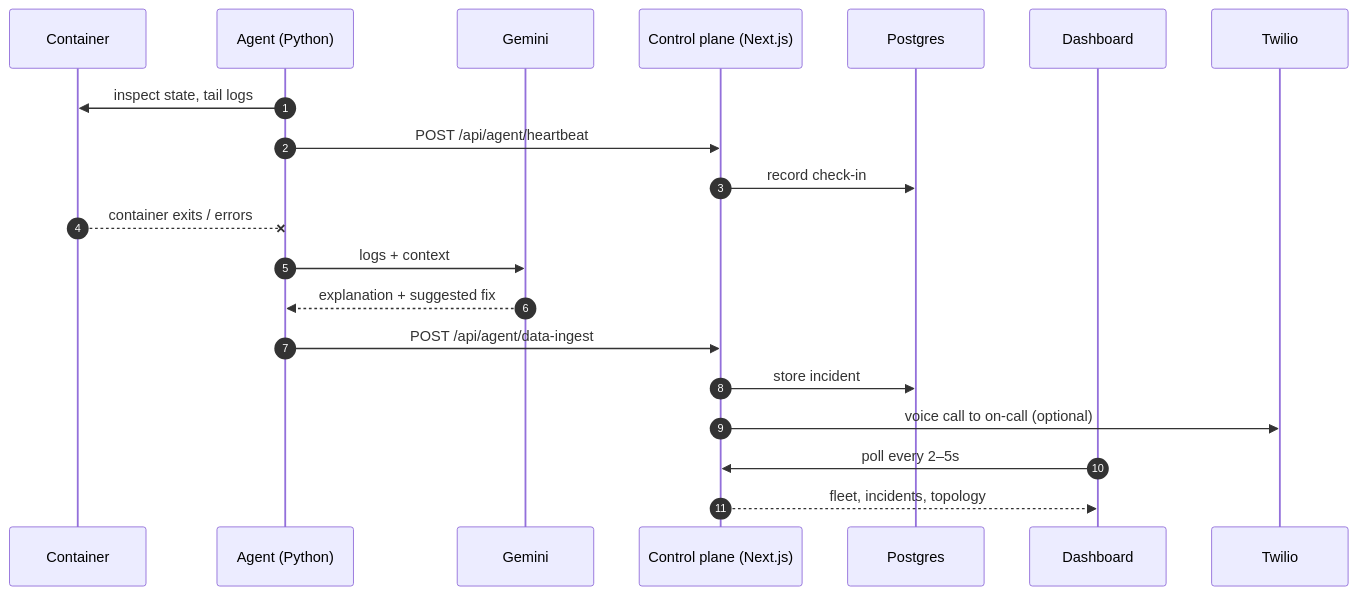
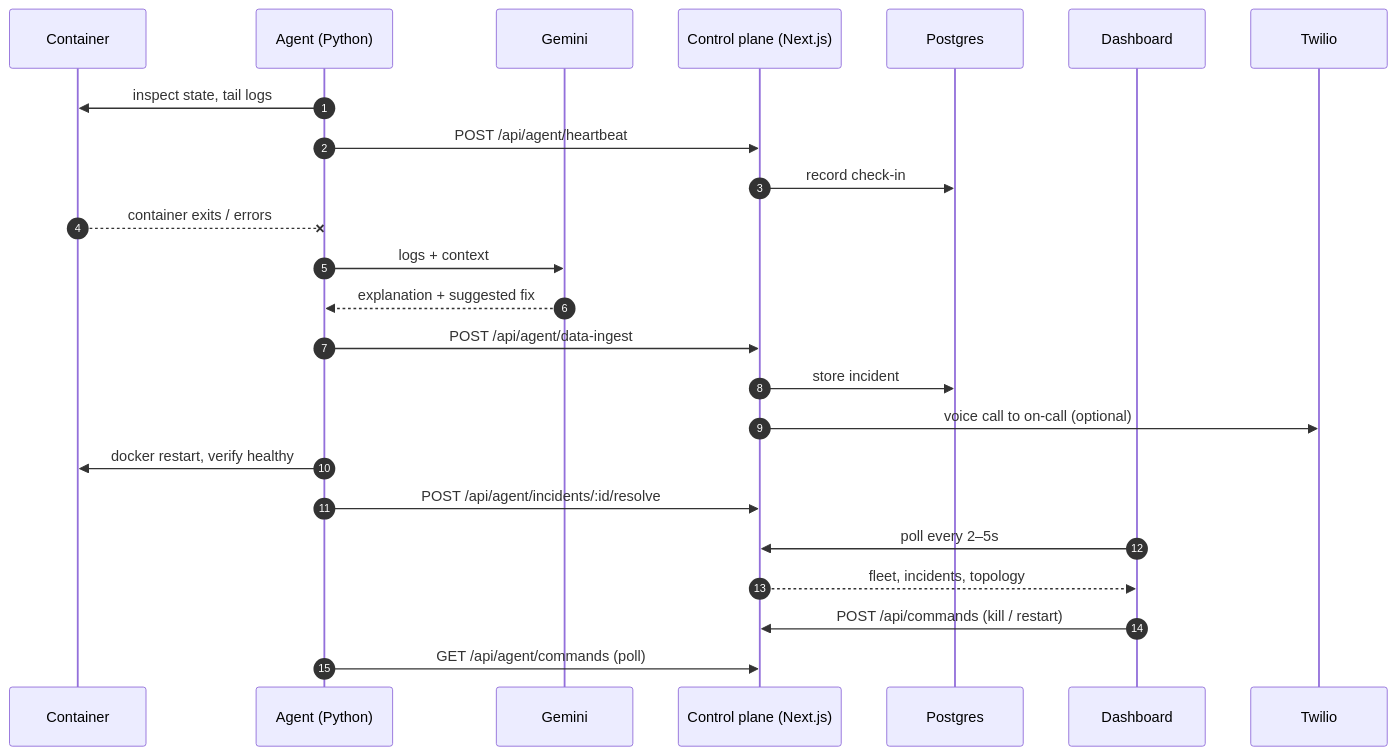
One commit to PakmanGames/Continuum changed the first of 2 diagrams in README.md. Above: the diagram before and after it, drawn with Mermaid. The commit also changed other lines of this file and 1 other file, not shown here.

Commit message:
docs: cover the live demo, the agent's settings, and cleanup

````diff
--- a/README.md
+++ b/README.md
@@ -54,23 +57,27 @@
 ```mermaid
 sequenceDiagram
     autonumber
     participant C as Container
     participant A as Agent (Python)
     participant G as Gemini
     participant API as Control plane (Next.js)
     participant DB as Postgres
     participant UI as Dashboard
     participant T as Twilio
 
     A->>C: inspect state, tail logs
     A->>API: POST /api/agent/heartbeat
     API->>DB: record check-in
     C--xA: container exits / errors
     A->>G: logs + context
     G-->>A: explanation + suggested fix
     A->>API: POST /api/agent/data-ingest
     API->>DB: store incident
     API->>T: voice call to on-call (optional)
+    A->>C: docker restart, verify healthy
+    A->>API: POST /api/agent/incidents/:id/resolve
     UI->>API: poll every 2–5s
     API-->>UI: fleet, incidents, topology
+    UI->>API: POST /api/commands (kill / restart)
+    A->>API: GET /api/agent/commands (poll)
 ```
````
